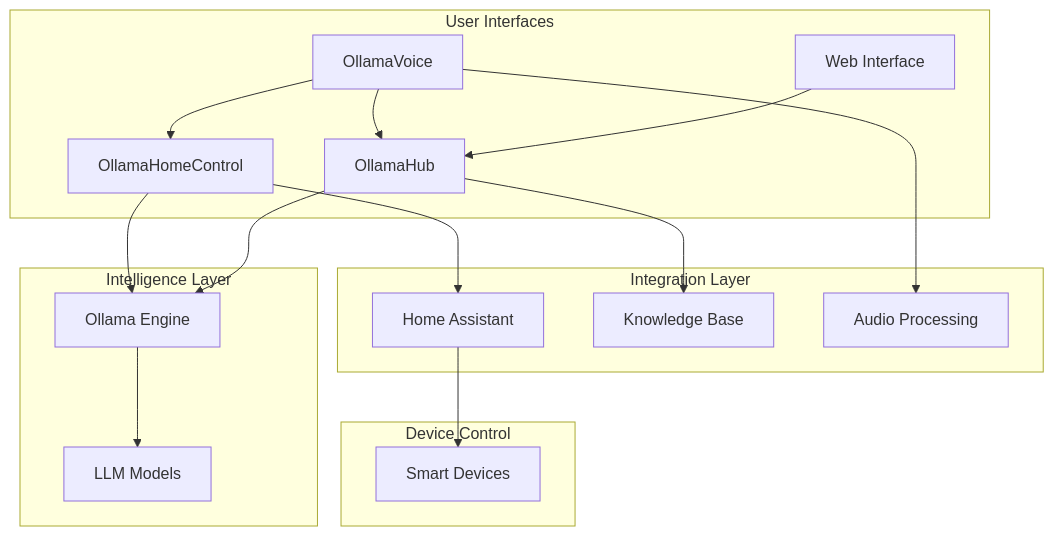
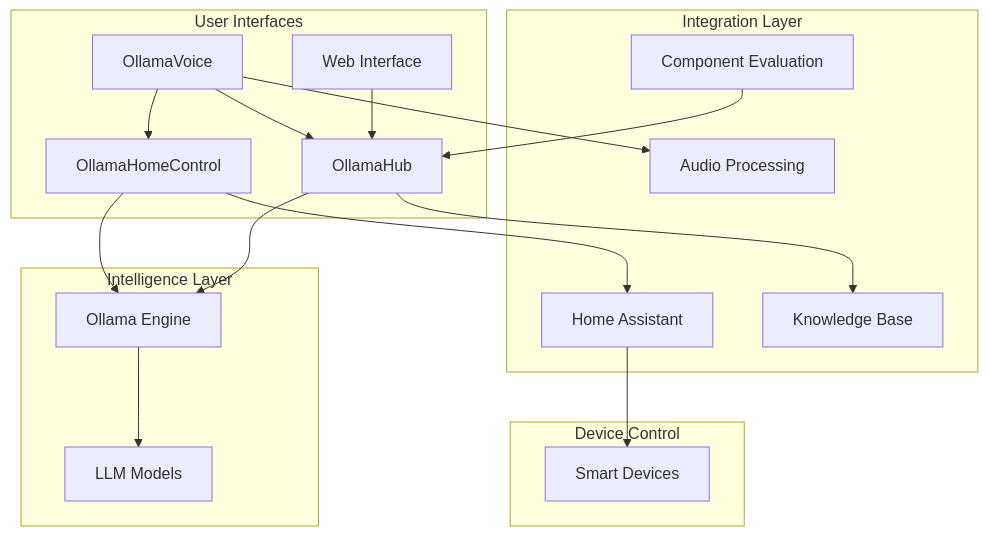
One commit to AcidicSoil/OSPAiN2 changed the diagram in docs/ecosystem_map.md. Above: the diagram before and after it, drawn with Mermaid. The commit also changed other lines of this file and 95 other files, not shown here.

````diff
--- a/docs/ecosystem_map.md
+++ b/docs/ecosystem_map.md
@@ -7,24 +7,25 @@
 ```mermaid
 graph TD
     subgraph "User Interfaces"
         OV[OllamaVoice] --> OHC[OllamaHomeControl]
         OV --> OH[OllamaHub]
         Web[Web Interface] --> OH
     end
-    
+
     subgraph "Intelligence Layer"
         OHC --> Ollama[Ollama Engine]
         OH --> Ollama
         Ollama --> Models[LLM Models]
     end
-    
+
     subgraph "Integration Layer"
         OHC --> HA[Home Assistant]
         OH --> KB[Knowledge Base]
         OV --> Audio[Audio Processing]
+        CEF[Component Evaluation] --> OH
     end
-    
+
     subgraph "Device Control"
         HA --> Devices[Smart Devices]
     end
 ```
````
